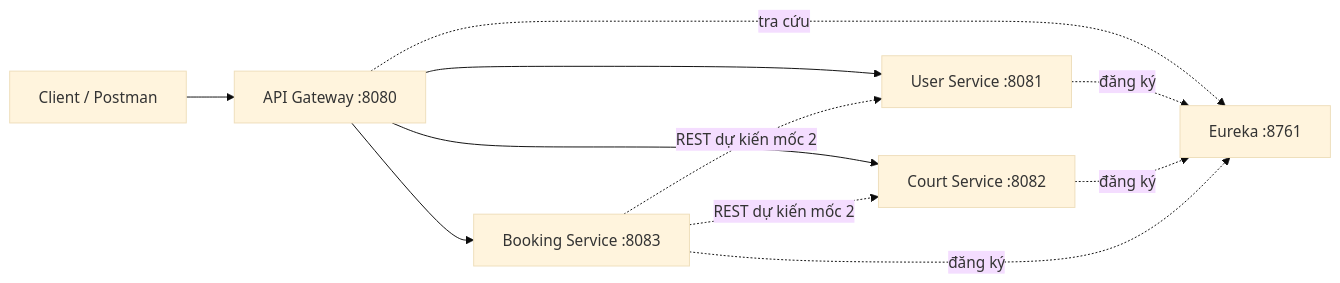
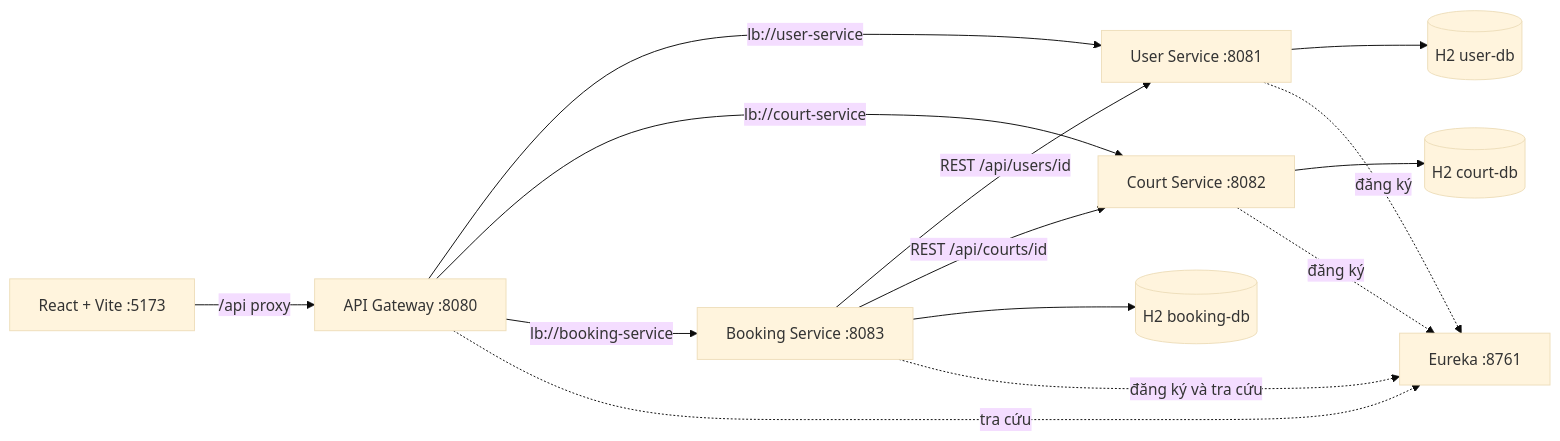
The diagram in README.md (nguyennn0411/MSS_301_MyProject), drawn with Mermaid (base theme) before and after one commit. The commit also changed other lines of this file and 66 other files, not shown here.

Commit message:
feat: complete milestone 2 REST microservices and live booking integration

````diff
--- a/README.md
+++ b/README.md
@@ -40,13 +30,16 @@
 ```mermaid
 flowchart LR
-    C[Client / Postman] --> G[API Gateway :8080]
-    G --> U[User Service :8081]
-    G --> S[Court Service :8082]
-    G --> B[Booking Service :8083]
-    B -. REST dự kiến mốc 2 .-> U
-    B -. REST dự kiến mốc 2 .-> S
+    F[React + Vite :5173] -->|/api proxy| G[API Gateway :8080]
+    G -->|lb://user-service| U[User Service :8081]
+    G -->|lb://court-service| C[Court Service :8082]
+    G -->|lb://booking-service| B[Booking Service :8083]
+    B -->|REST /api/users/id| U
+    B -->|REST /api/courts/id| C
+    U --> UD[(H2 user-db)]
+    C --> CD[(H2 court-db)]
+    B --> BD[(H2 booking-db)]
     G -. tra cứu .-> E[Eureka :8761]
     U -. đăng ký .-> E
-    S -. đăng ký .-> E
-    B -. đăng ký .-> E
+    C -. đăng ký .-> E
+    B -. đăng ký và tra cứu .-> E
 ```
````
